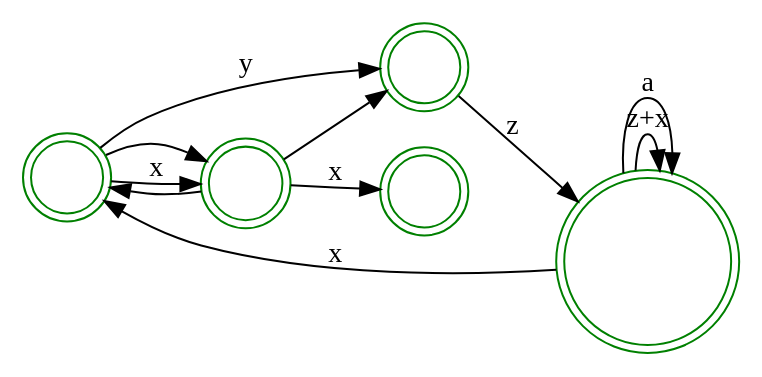
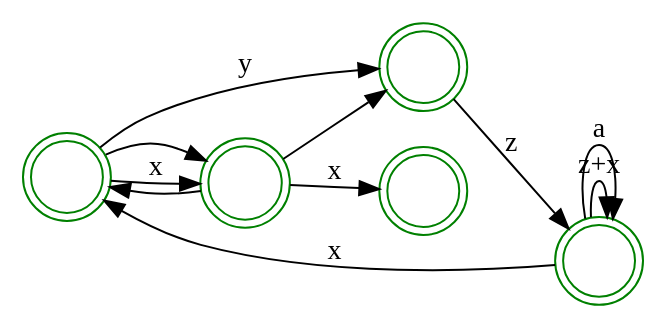
One commit to andrelago13/COMP changed the diagram in examples vis/teste2.dot. Above: the diagram before and after it, drawn with Graphviz. The commit also changed 2 other files, not shown here.

```diff
--- a/examples vis/teste2.dot
+++ b/examples vis/teste2.dot
@@ -1,18 +1,18 @@
 digraph {
   rankdir=LR;
   node [shape = doublecircle,
   		fontcolor=white,
   		color = green,
   		peripheries = 2]; B C;
   node [shape = circle];
-  START;
+  START[label=A];
   START -> START[label="z+x"];
   START -> START[label=a];
   START -> B[label=x];
   B -> C[label=y];
   C -> START[label=z];
   B -> D;
   B -> D[label=x];
   D -> {B; C}
   D -> E[label=x];
 }
```
